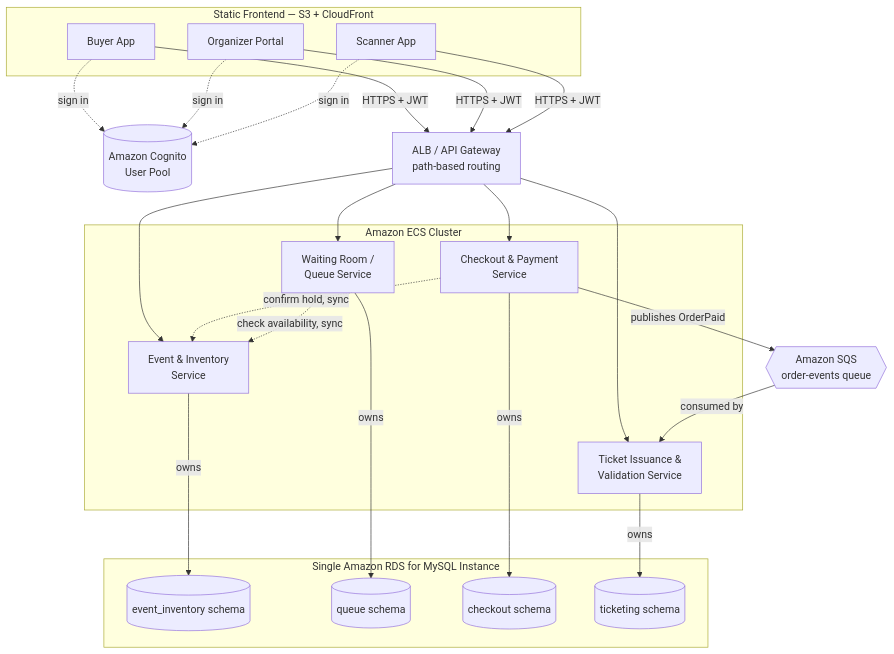
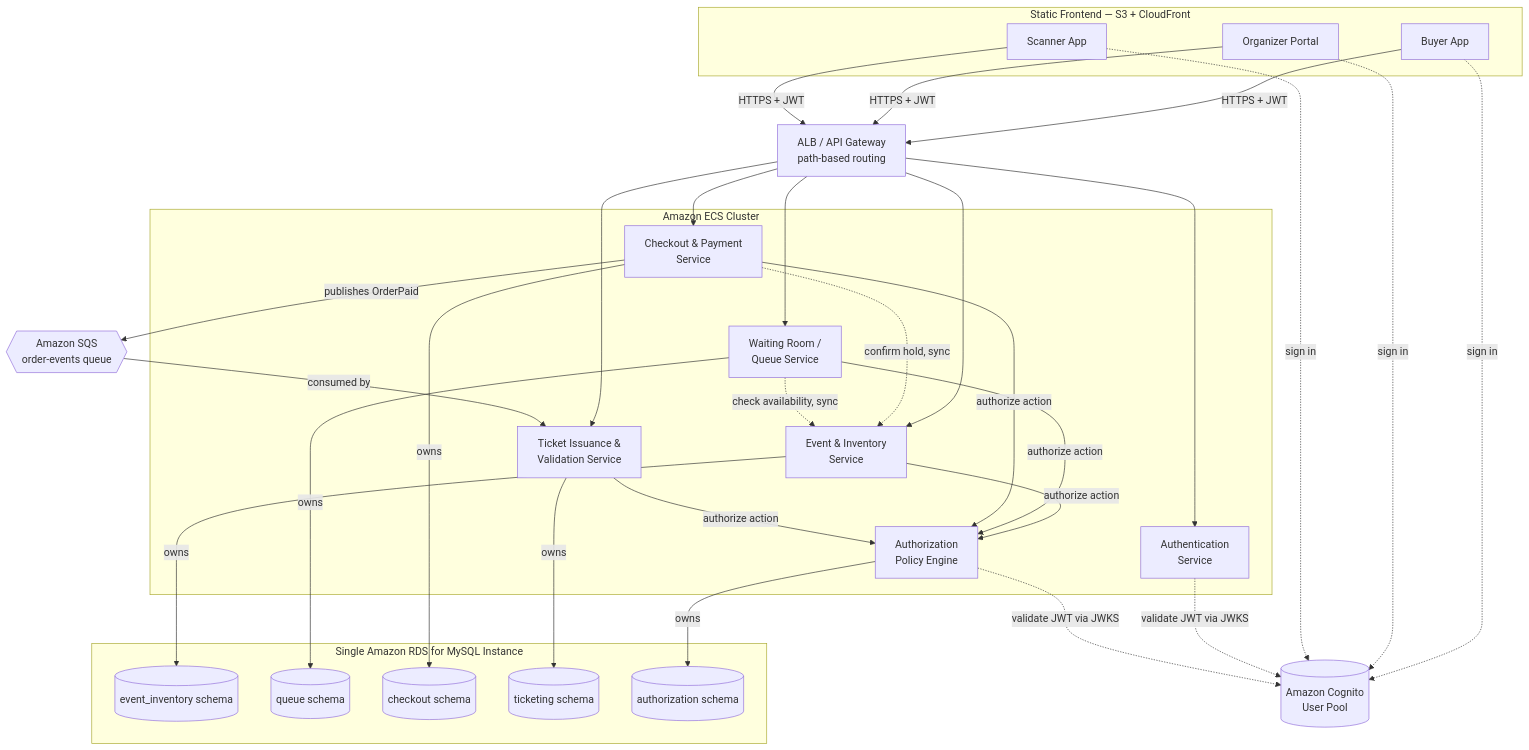
The first of 14 diagrams in OneStage-System-Design.md (nus-mtech-grp1-sem2/docs), drawn with Mermaid before and after one commit. The commit also changed other lines of this file, not shown here.

Commit message:
docs: document authentication and authorization architecture

````diff
--- a/OneStage-System-Design.md
+++ b/OneStage-System-Design.md
@@ -15,50 +15,63 @@
 ```mermaid
 graph TB
     subgraph Frontend["Static Frontend — S3 + CloudFront"]
         Buyer["Buyer App"]
         Portal["Organizer Portal"]
         Scanner["Scanner App"]
     end
 
     Cognito[("Amazon Cognito<br/>User Pool")]
 
     GW["ALB / API Gateway<br/>path-based routing"]
 
     subgraph ECS["Amazon ECS Cluster"]
+        AS["Authentication<br/>Service"]
         EIS["Event & Inventory<br/>Service"]
         WR["Waiting Room /<br/>Queue Service"]
         CPS["Checkout & Payment<br/>Service"]
         TIV["Ticket Issuance &<br/>Validation Service"]
+        APS["Authorization<br/>Policy Engine"]
     end
 
     subgraph DB["Single Amazon RDS for MySQL Instance"]
         SchemaEI[(event_inventory schema)]
         SchemaQ[(queue schema)]
         SchemaCO[(checkout schema)]
         SchemaTI[(ticketing schema)]
+        SchemaAU[(authorization schema)]
     end
 
     SQS{{"Amazon SQS<br/>order-events queue"}}
 
     Buyer -->|HTTPS + JWT| GW
     Portal -->|HTTPS + JWT| GW
     Scanner -->|HTTPS + JWT| GW
     Buyer -.sign in.-> Cognito
     Portal -.sign in.-> Cognito
     Scanner -.sign in.-> Cognito
 
     GW --> EIS
     GW --> WR
     GW --> CPS
     GW --> TIV
+    GW --> AS
+
+    AS -.validate JWT via JWKS.-> Cognito
+
+    EIS -->|authorize action| APS
+    WR -->|authorize action| APS
+    CPS -->|authorize action| APS
+    TIV -->|authorize action| APS
+    APS -.validate JWT via JWKS.-> Cognito
 
     EIS -->|owns| SchemaEI
     WR -->|owns| SchemaQ
     CPS -->|owns| SchemaCO
     TIV -->|owns| SchemaTI
+    APS -->|owns| SchemaAU
 
     CPS -->|publishes OrderPaid| SQS
     SQS -->|consumed by| TIV
     CPS -.confirm hold, sync.-> EIS
     WR -.check availability, sync.-> EIS
 ```
````
